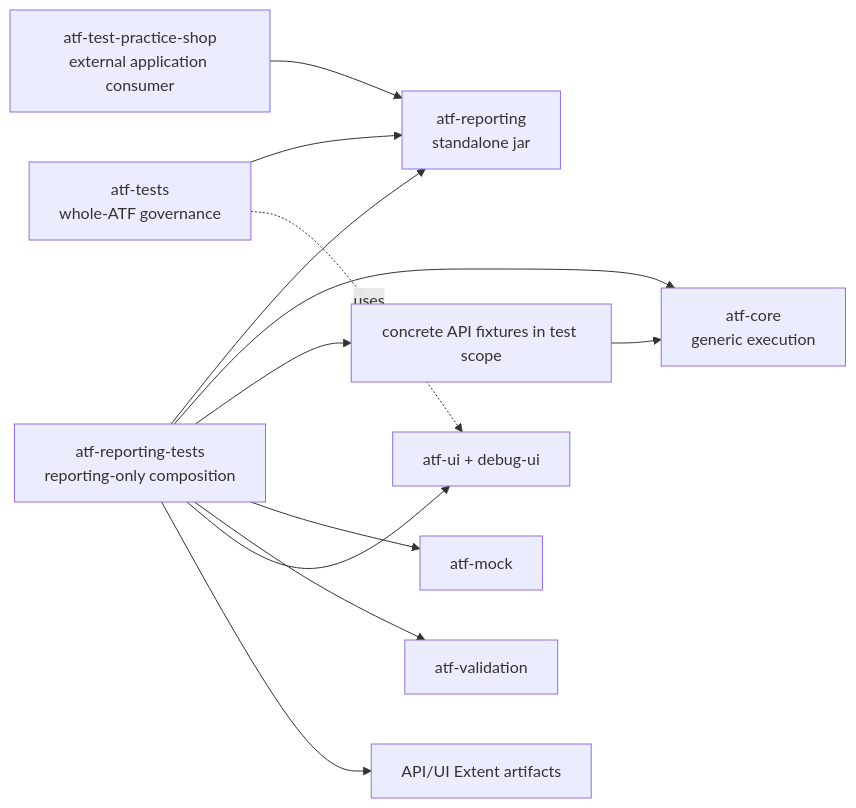
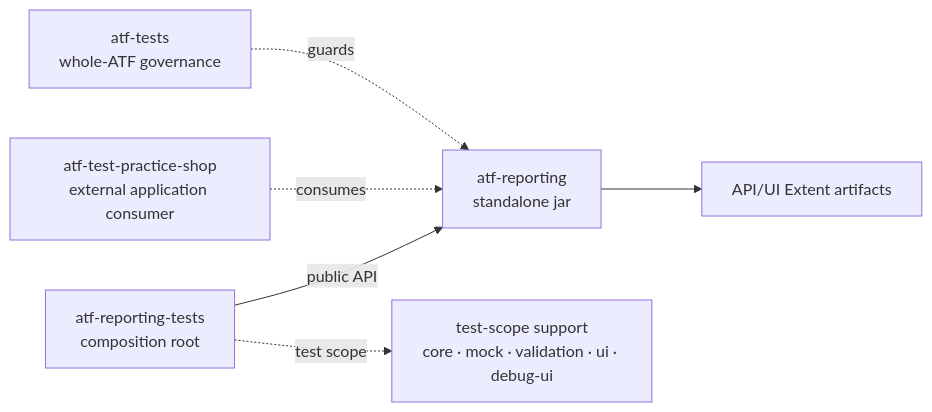
One commit to crististefanita/demo2 changed the first of 2 diagrams in atf-reporting-tests/README.md. Above: the diagram before and after it, drawn with Mermaid. The commit also changed other lines of this file and 107 other files, not shown here.

Commit message:
Refine Java ATF API reporting and Practice Shop

````diff
--- a/atf-reporting-tests/README.md
+++ b/atf-reporting-tests/README.md
@@ -12,14 +12,8 @@
 ```mermaid
 flowchart LR
-    Composition[atf-reporting-tests<br/>reporting-only composition] --> Reporting[atf-reporting<br/>standalone jar]
-    Composition --> Core[atf-core<br/>generic execution]
-    Composition --> Fixtures[concrete API fixtures in test scope]
-    Fixtures --> Core
-    Composition --> Mock[atf-mock]
-    Composition --> Validation[atf-validation]
-    Composition --> Ui[atf-ui + debug-ui]
-    Composition --> Reports[API/UI Extent artifacts]
-    ShopTests[atf-test-practice-shop<br/>external application consumer] --> Reporting
-    AppTests[atf-tests<br/>whole-ATF governance] --> Reporting
-    AppTests -. uses .-> Ui
+    Composition[atf-reporting-tests<br/>composition root] -->|public API| Reporting[atf-reporting<br/>standalone jar]
+    Reporting --> Reports[API/UI Extent artifacts]
+    Composition -. test scope .-> Support[test-scope support<br/>core · mock · validation · ui · debug-ui]
+    ShopTests[atf-test-practice-shop<br/>external application consumer] -. consumes .-> Reporting
+    AppTests[atf-tests<br/>whole-ATF governance] -. guards .-> Reporting
 ```
````
